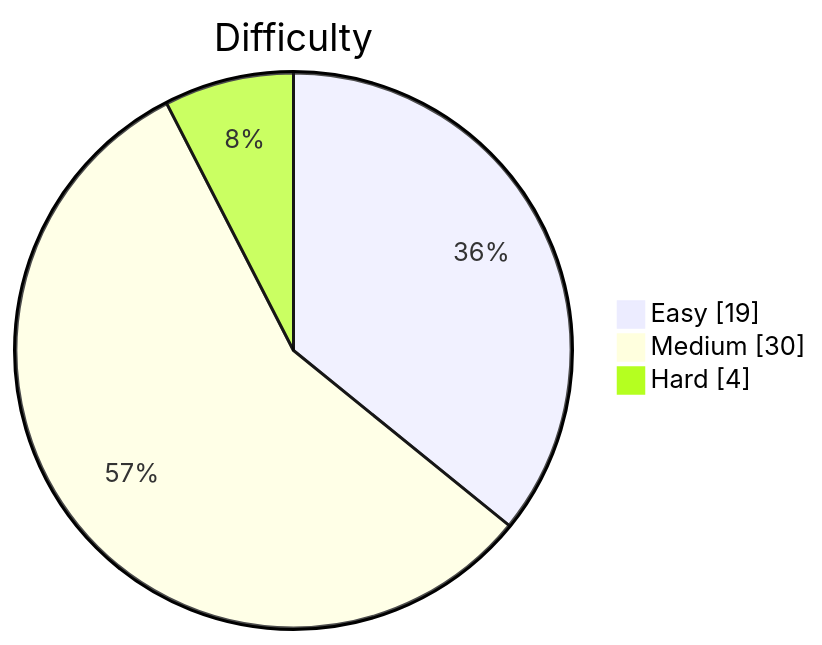
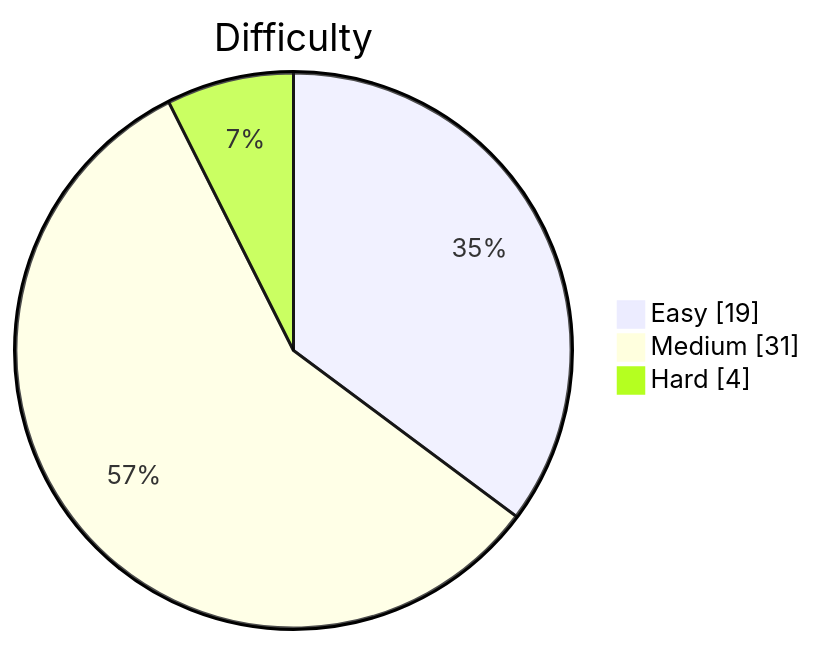
One commit to kevstevie/python-algo-practice changed the diagram in README.md. Above: the diagram before and after it, drawn with Mermaid. The commit also changed other lines of this file, not shown here.

````diff
--- a/README.md
+++ b/README.md
@@ -13,7 +13,7 @@
 ```mermaid
 pie showData
     title Difficulty
     "Easy"   : 19
-    "Medium" : 30
+    "Medium" : 31
     "Hard"   : 4
 ```
````
